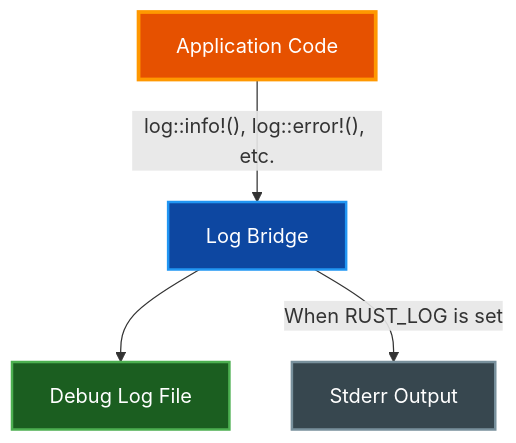
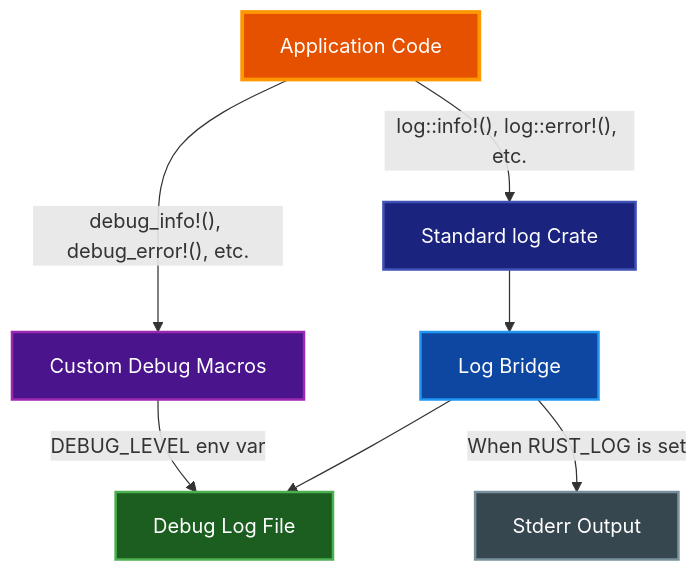
One commit to paulrobello/par-term changed the diagram in docs/LOGGING.md. Above: the diagram before and after it, drawn with Mermaid. The commit also changed other lines of this file and 43 other files, not shown here.

````diff
--- a/docs/LOGGING.md
+++ b/docs/LOGGING.md
@@ -23,16 +30,23 @@
 ```mermaid
 graph TD
     App[Application Code]
+    CustomDebug[Custom Debug Macros]
+    LogCrate[Standard log Crate]
     Bridge[Log Bridge]
     File[Debug Log File]
     Stderr[Stderr Output]
 
-    App -->|"log::info!(), log::error!(), etc."| Bridge
+    App -->|"debug_info!(), debug_error!(), etc."| CustomDebug
+    App -->|"log::info!(), log::error!(), etc."| LogCrate
+    CustomDebug -->|"DEBUG_LEVEL env var"| File
+    LogCrate --> Bridge
     Bridge --> File
     Bridge -->|"When RUST_LOG is set"| Stderr
 
     style App fill:#e65100,stroke:#ff9800,stroke-width:3px,color:#ffffff
+    style CustomDebug fill:#4a148c,stroke:#9c27b0,stroke-width:2px,color:#ffffff
+    style LogCrate fill:#1a237e,stroke:#3f51b5,stroke-width:2px,color:#ffffff
     style Bridge fill:#0d47a1,stroke:#2196f3,stroke-width:2px,color:#ffffff
     style File fill:#1b5e20,stroke:#4caf50,stroke-width:2px,color:#ffffff
     style Stderr fill:#37474f,stroke:#78909c,stroke-width:2px,color:#ffffff
 ```
````
